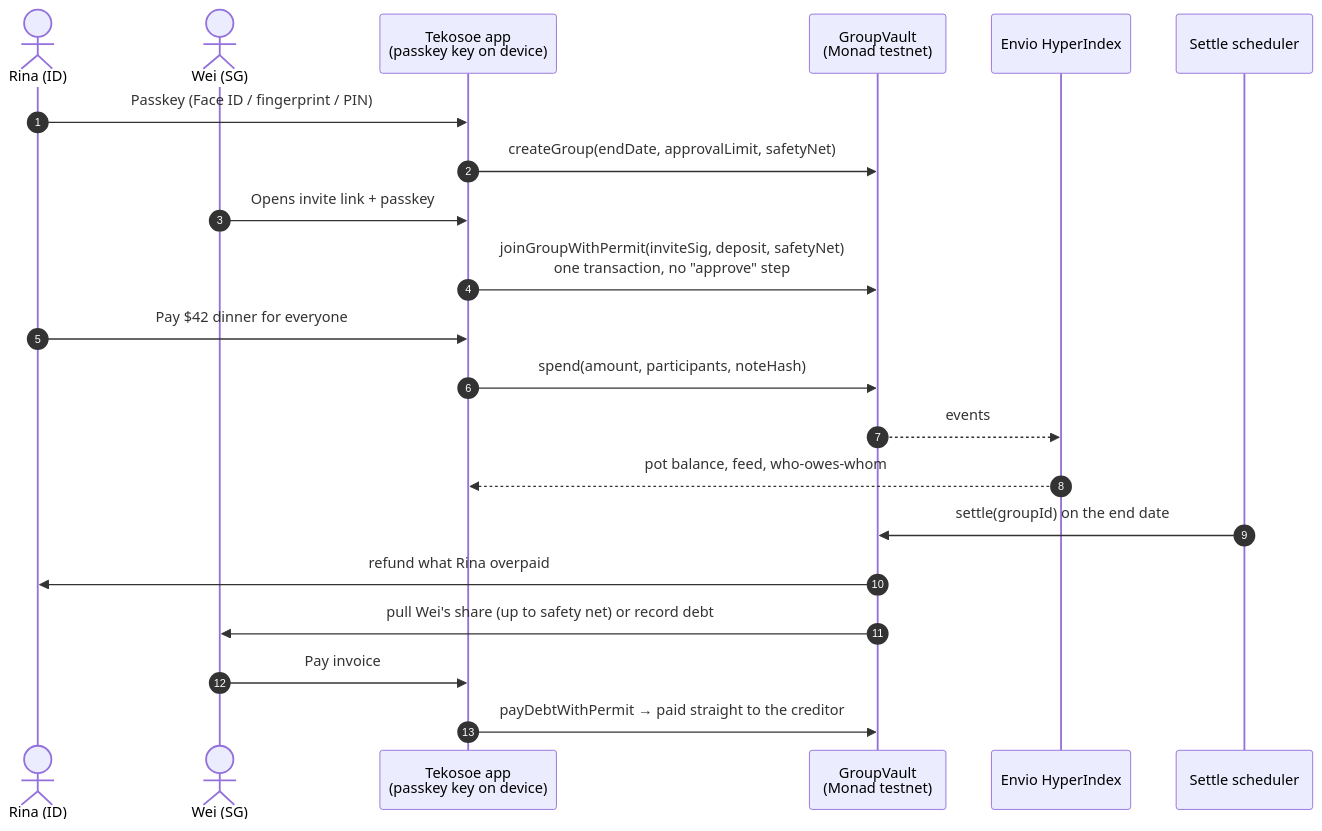
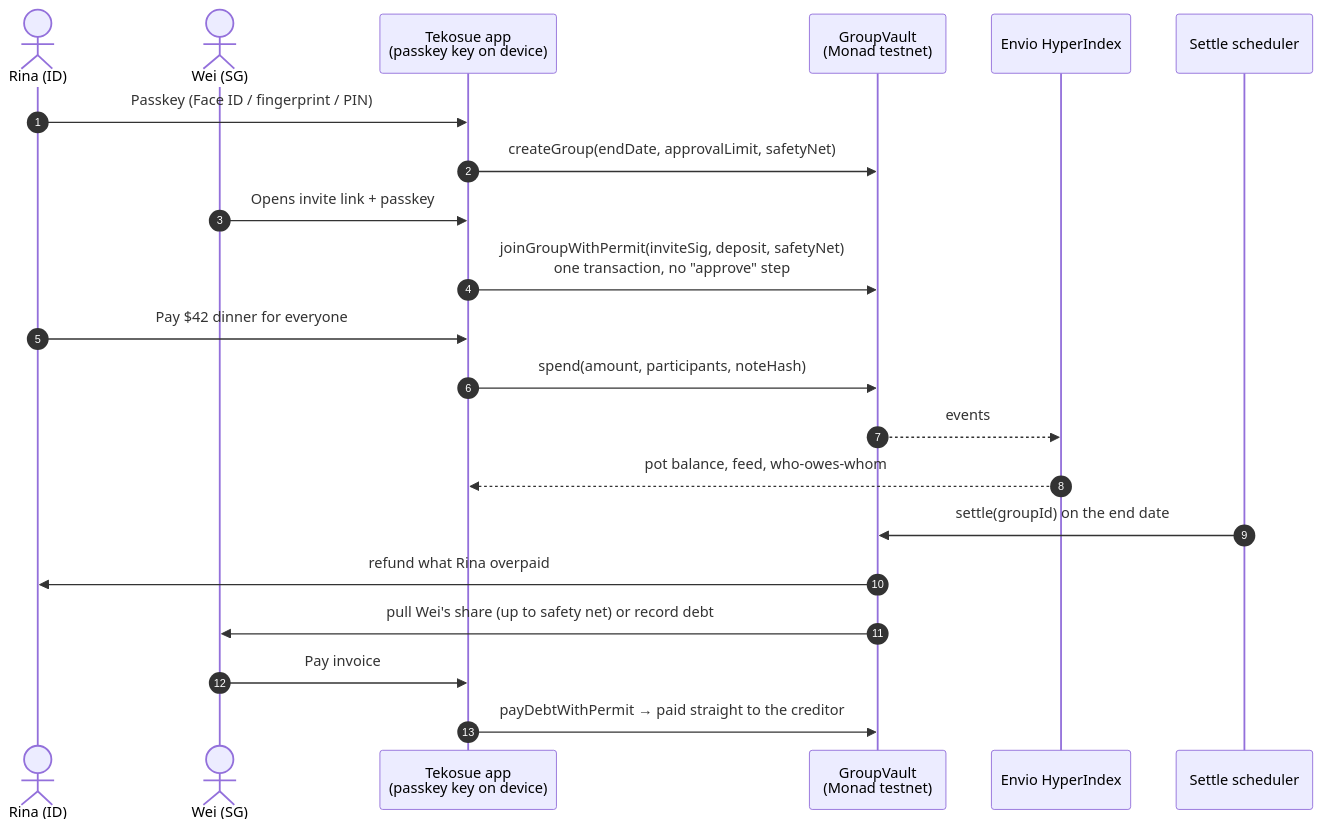
The first of 2 diagrams in README.md (sewunodetech/tekosoe), drawn with Mermaid before and after one commit. The commit also changed other lines of this file and 96 other files, not shown here.

First line of the commit message:
chore: rebrand Tekosoe to Tekosue and rename packages to @tekosue/*

````diff
--- a/README.md
+++ b/README.md
@@ -110,24 +110,24 @@
 ```mermaid
 sequenceDiagram
     autonumber
     actor R as Rina (ID)
     actor W as Wei (SG)
-    participant App as Tekosoe app<br/>(passkey key on device)
+    participant App as Tekosue app<br/>(passkey key on device)
     participant V as GroupVault<br/>(Monad testnet)
     participant E as Envio HyperIndex
     participant S as Settle scheduler
 
     R->>App: Passkey (Face ID / fingerprint / PIN)
     App->>V: createGroup(endDate, approvalLimit, safetyNet)
     W->>App: Opens invite link + passkey
     App->>V: joinGroupWithPermit(inviteSig, deposit, safetyNet)<br/>one transaction, no "approve" step
     R->>App: Pay $42 dinner for everyone
     App->>V: spend(amount, participants, noteHash)
     V-->>E: events
     E-->>App: pot balance, feed, who-owes-whom
     S->>V: settle(groupId) on the end date
     V->>R: refund what Rina overpaid
     V->>W: pull Wei's share (up to safety net) or record debt
     W->>App: Pay invoice
     App->>V: payDebtWithPermit → paid straight to the creditor
 ```
````
